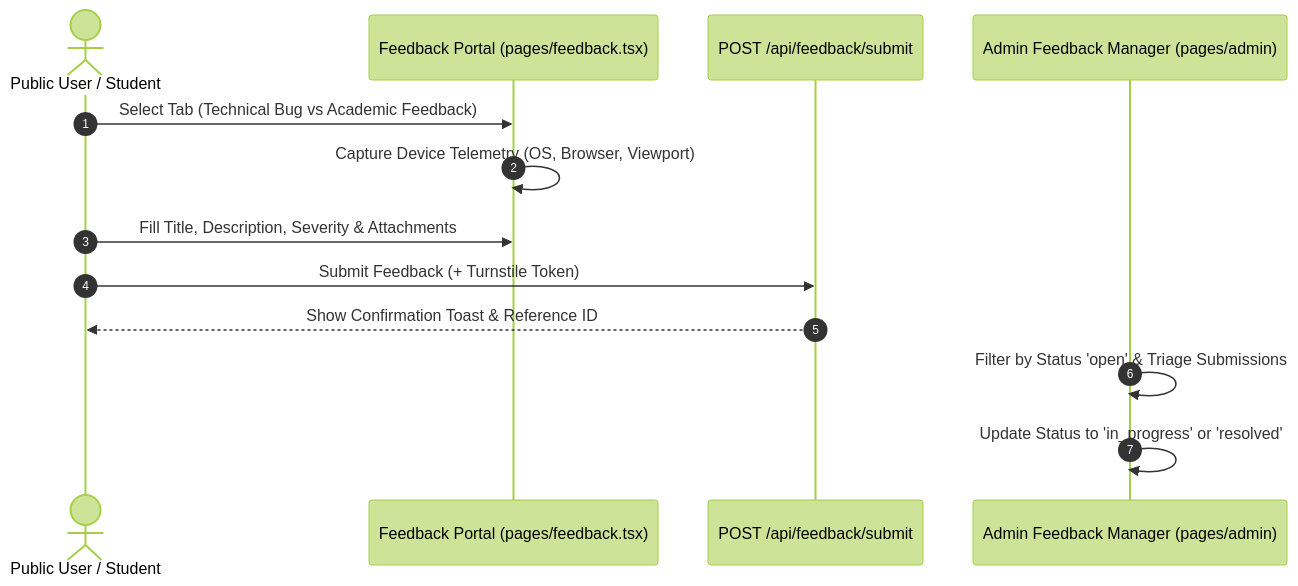
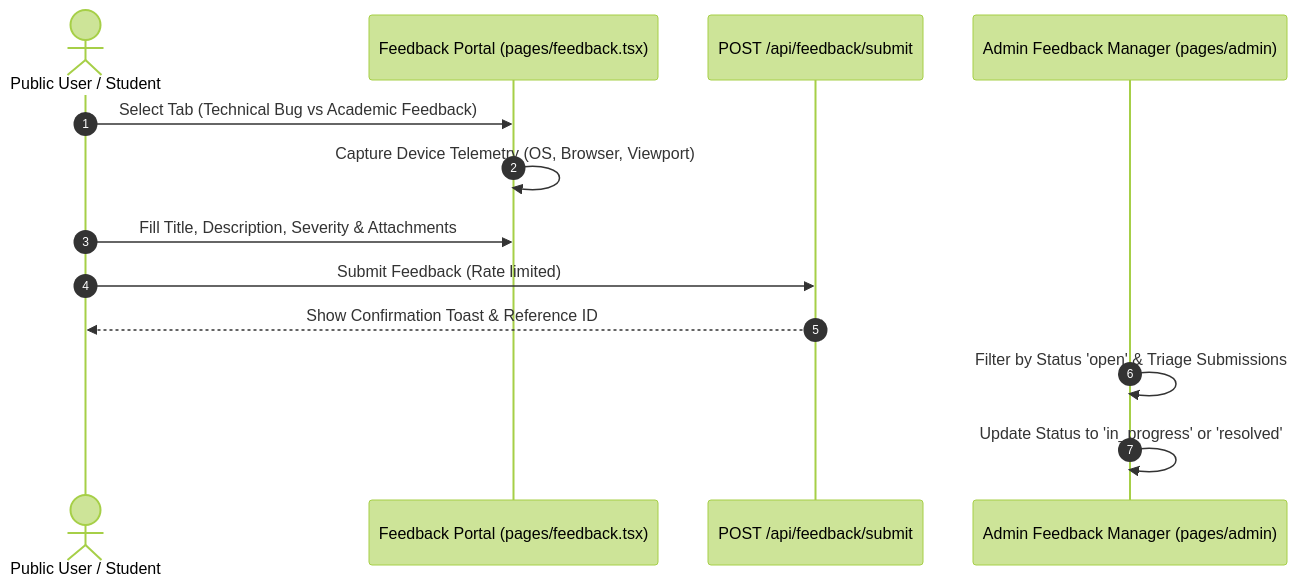
One commit to zdump-guy/PharmaCore changed the third of 3 diagrams in docs/UI/FLOWS.md. Above: the diagram before and after it, drawn with Mermaid (forest theme). The commit also changed other lines of this file and 52 other files, not shown here.

````diff
--- a/docs/UI/FLOWS.md
+++ b/docs/UI/FLOWS.md
@@ -61,16 +61,16 @@
 ```mermaid
 sequenceDiagram
     autonumber
     actor User as Public User / Student
     participant Portal as Feedback Portal (pages/feedback.tsx)
     participant API as POST /api/feedback/submit
     participant Admin as Admin Feedback Manager (pages/admin)
 
     User->>Portal: Select Tab (Technical Bug vs Academic Feedback)
     Portal->>Portal: Capture Device Telemetry (OS, Browser, Viewport)
     User->>Portal: Fill Title, Description, Severity & Attachments
-    User->>API: Submit Feedback (+ Turnstile Token)
+    User->>API: Submit Feedback (Rate limited)
     API-->>User: Show Confirmation Toast & Reference ID
     Admin->>Admin: Filter by Status 'open' & Triage Submissions
     Admin->>Admin: Update Status to 'in_progress' or 'resolved'
 ```
````
